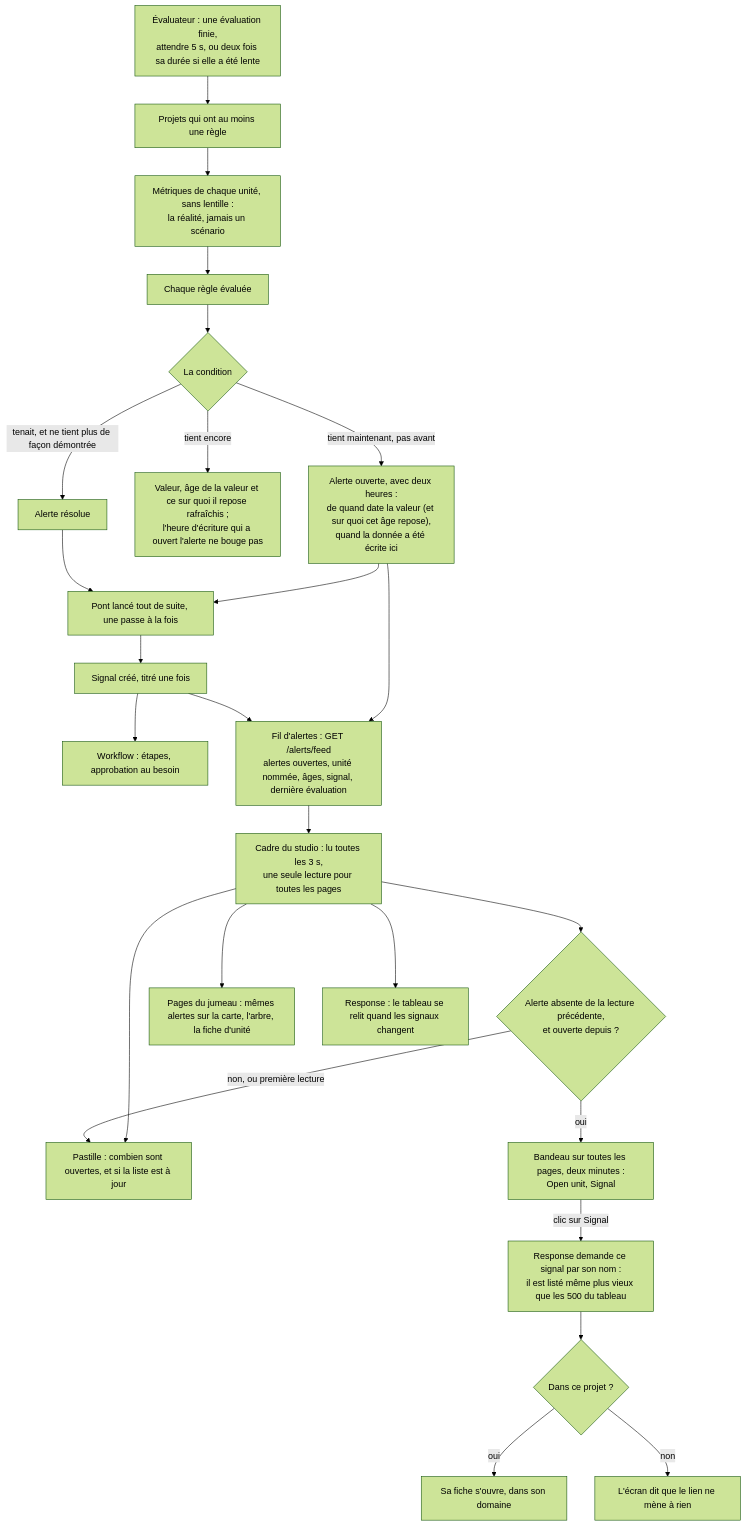
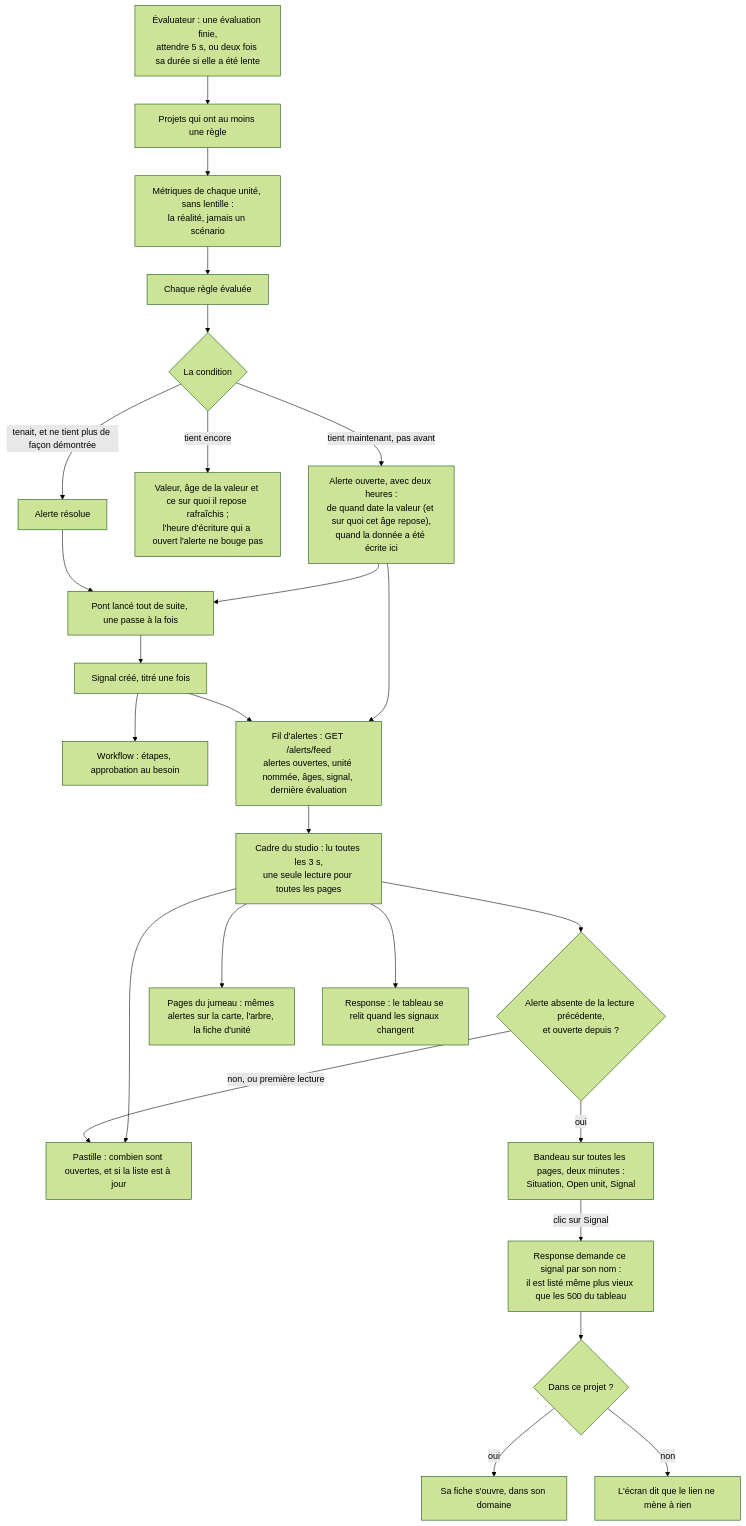
One commit to V1ktor7/obscyro changed diagram 27 of 31 in docs/algorithms.md. Above: the diagram before and after it, drawn with Mermaid (forest theme). The commit also changed other lines of this file and 24 other files, not shown here.

First line of the commit message:
feat(studio): la fiche de situation, et l'analyste sur toutes les pages

````diff
--- a/docs/algorithms.md
+++ b/docs/algorithms.md
@@ -804,27 +804,27 @@
 ```mermaid
 flowchart TD
     A["Évaluateur : une évaluation finie,<br/>attendre 5 s, ou deux fois sa durée si elle a été lente"] --> B["Projets qui ont au moins une règle"]
     B --> C["Métriques de chaque unité, sans lentille :<br/>la réalité, jamais un scénario"]
     C --> D["Chaque règle évaluée"]
     D --> E{"La condition"}
     E -->|"tient maintenant, pas avant"| F["Alerte ouverte, avec deux heures :<br/>de quand date la valeur (et sur quoi cet âge repose),<br/>quand la donnée a été écrite ici"]
     E -->|"tient encore"| F2["Valeur, âge de la valeur et ce sur quoi il repose rafraîchis ;<br/>l'heure d'écriture qui a ouvert l'alerte ne bouge pas"]
     E -->|"tenait, et ne tient plus de façon démontrée"| G["Alerte résolue"]
     F --> H["Pont lancé tout de suite, une passe à la fois"]
     G --> H
     H --> I["Signal créé, titré une fois"]
     I --> J["Workflow : étapes, approbation au besoin"]
     F --> K["Fil d'alertes : GET /alerts/feed<br/>alertes ouvertes, unité nommée, âges, signal, dernière évaluation"]
     I --> K
     K --> L["Cadre du studio : lu toutes les 3 s,<br/>une seule lecture pour toutes les pages"]
     L --> M["Pastille : combien sont ouvertes, et si la liste est à jour"]
     L --> N{"Alerte absente de la lecture précédente,<br/>et ouverte depuis ?"}
-    N -->|"oui"| O["Bandeau sur toutes les pages, deux minutes :<br/>Open unit, Signal"]
+    N -->|"oui"| O["Bandeau sur toutes les pages, deux minutes :<br/>Situation, Open unit, Signal"]
     N -->|"non, ou première lecture"| M
     L --> P["Pages du jumeau : mêmes alertes sur la carte, l'arbre, la fiche d'unité"]
     L --> Q["Response : le tableau se relit quand les signaux changent"]
     O -->|"clic sur Signal"| R["Response demande ce signal par son nom :<br/>il est listé même plus vieux que les 500 du tableau"]
     R --> S{"Dans ce projet ?"}
     S -->|"oui"| T["Sa fiche s'ouvre, dans son domaine"]
     S -->|"non"| U["L'écran dit que le lien ne mène à rien"]
 ```
````
